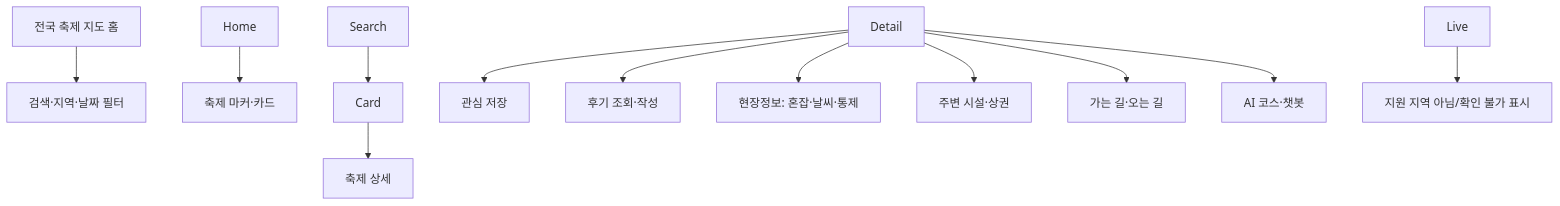
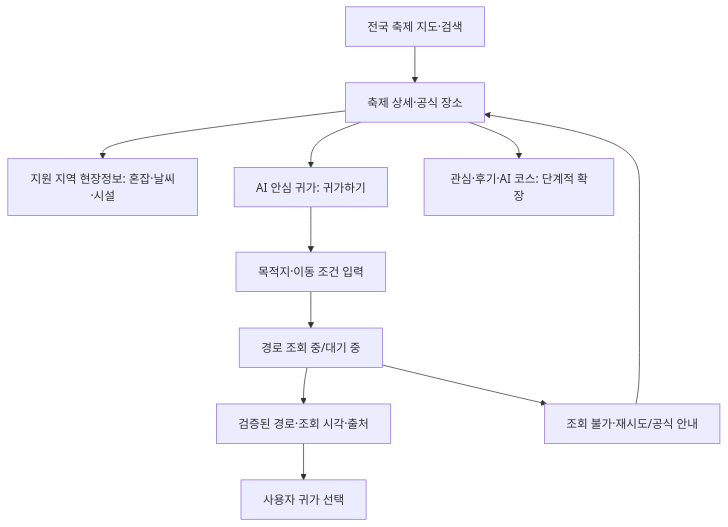
Before and after one commit to yubeenjjang/Final3team: the second of 4 diagrams in Docs/Step 1/놀다가_기획서.md, drawn with Mermaid. The commit also changed other lines of this file and 1 other file, not shown here.

````diff
--- a/Docs/Step 1/놀다가_기획서.md
+++ b/Docs/Step 1/놀다가_기획서.md
@@ -669,14 +889,13 @@
 ```mermaid
 flowchart TD
-  Home\[전국 축제 지도 홈] --> Search\[검색·지역·날짜 필터]
-  Home --> Card\[축제 마커·카드]
-  Search --> Card
-  Card --> Detail\[축제 상세]
-  Detail --> Favorite\[관심 저장]
-  Detail --> Review\[후기 조회·작성]
-  Detail --> Live\[현장정보: 혼잡·날씨·통제]
-  Detail --> Place\[주변 시설·상권]
-  Detail --> Route\[가는 길·오는 길]
-  Detail --> AI\[AI 코스·챗봇]
-  Live --> Unsupported\[지원 지역 아님/확인 불가 표시]
+  Home[전국 축제 지도·검색] --> Detail[축제 상세·공식 장소]
+  Detail --> Live[지원 지역 현장정보: 혼잡·날씨·시설]
+  Detail --> Return[AI 안심 귀가: 귀가하기]
+  Return --> Dest[목적지·이동 조건 입력]
+  Dest --> Route[경로 조회 중/대기 중]
+  Route --> Valid[검증된 경로·조회 시각·출처]
+  Route --> Failed[조회 불가·재시도/공식 안내]
+  Valid --> Choice[사용자 귀가 선택]
+  Failed --> Detail
+  Detail --> Interest[관심·후기·AI 코스: 단계적 확장]
 ```
````
